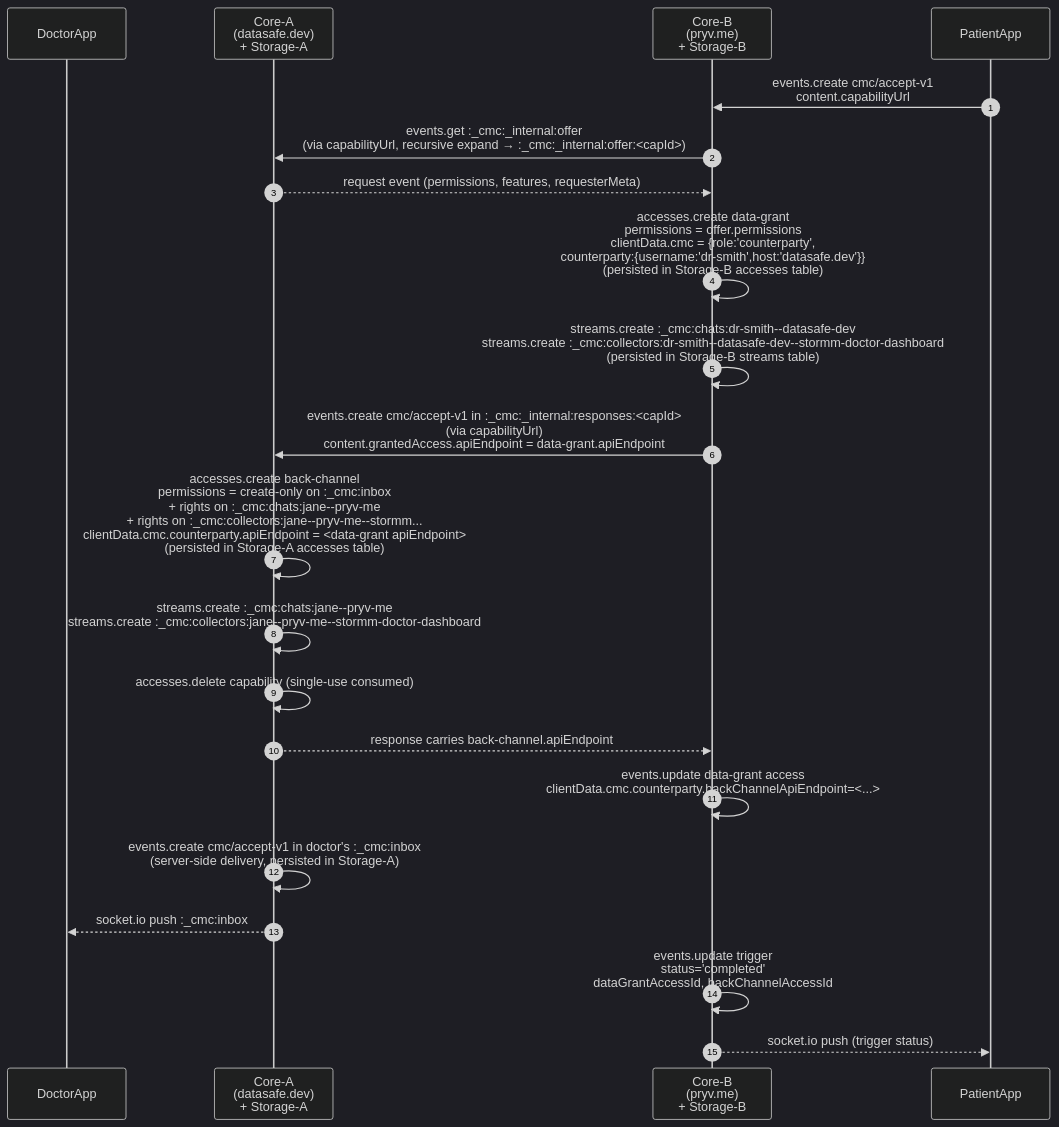
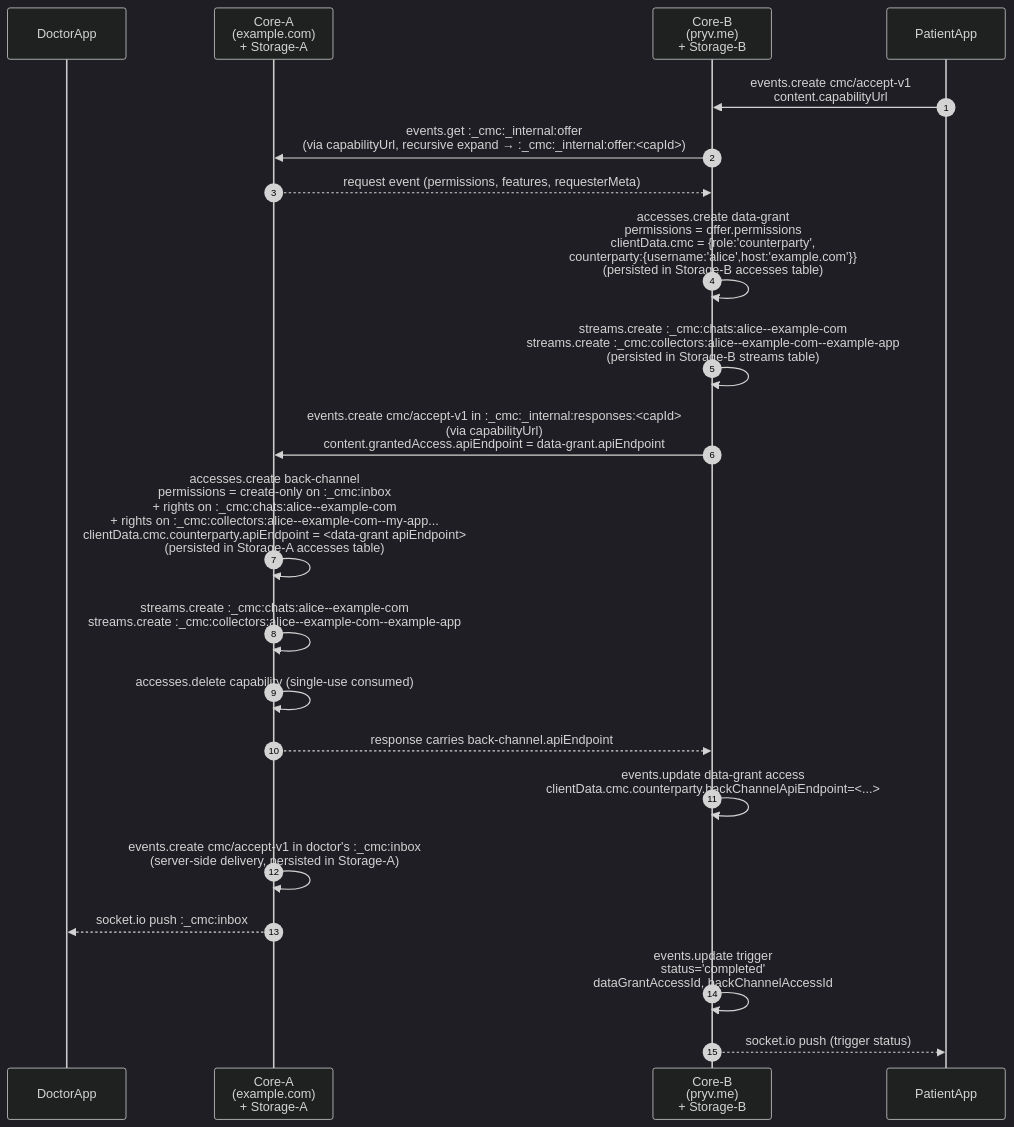
Before and after one commit to pryv/open-pryv.io: the third of 14 diagrams in components/cmc/INTERNALS.md, drawn with Mermaid (dark theme). The commit also changed other lines of this file and 20 other files, not shown here.

````diff
--- a/components/cmc/INTERNALS.md
+++ b/components/cmc/INTERNALS.md
@@ -127,24 +127,24 @@
 ```mermaid
 sequenceDiagram
     autonumber
     participant DoctorApp
-    participant CoreA as Core-A<br/>(datasafe.dev)<br/>+ Storage-A
+    participant CoreA as Core-A<br/>(example.com)<br/>+ Storage-A
     participant CoreB as Core-B<br/>(pryv.me)<br/>+ Storage-B
     participant PatientApp
 
     PatientApp->>CoreB: events.create cmc/accept-v1<br/>content.capabilityUrl
     CoreB->>CoreA: events.get :_cmc:_internal:offer<br/>(via capabilityUrl, recursive expand → :_cmc:_internal:offer:<capId>)
     CoreA-->>CoreB: request event (permissions, features, requesterMeta)
-    CoreB->>CoreB: accesses.create data-grant<br/>permissions = offer.permissions<br/>clientData.cmc = {role:'counterparty',<br/>counterparty:{username:'dr-smith',host:'datasafe.dev'}}<br/>(persisted in Storage-B accesses table)
-    CoreB->>CoreB: streams.create :_cmc:chats:dr-smith--datasafe-dev<br/>streams.create :_cmc:collectors:dr-smith--datasafe-dev--stormm-doctor-dashboard<br/>(persisted in Storage-B streams table)
+    CoreB->>CoreB: accesses.create data-grant<br/>permissions = offer.permissions<br/>clientData.cmc = {role:'counterparty',<br/>counterparty:{username:'alice',host:'example.com'}}<br/>(persisted in Storage-B accesses table)
+    CoreB->>CoreB: streams.create :_cmc:chats:alice--example-com<br/>streams.create :_cmc:collectors:alice--example-com--example-app<br/>(persisted in Storage-B streams table)
     CoreB->>CoreA: events.create cmc/accept-v1 in :_cmc:_internal:responses:<capId><br/>(via capabilityUrl)<br/>content.grantedAccess.apiEndpoint = data-grant.apiEndpoint
-    CoreA->>CoreA: accesses.create back-channel<br/>permissions = create-only on :_cmc:inbox<br/>+ rights on :_cmc:chats:jane--pryv-me<br/>+ rights on :_cmc:collectors:jane--pryv-me--stormm...<br/>clientData.cmc.counterparty.apiEndpoint = <data-grant apiEndpoint><br/>(persisted in Storage-A accesses table)
-    CoreA->>CoreA: streams.create :_cmc:chats:jane--pryv-me<br/>streams.create :_cmc:collectors:jane--pryv-me--stormm-doctor-dashboard
+    CoreA->>CoreA: accesses.create back-channel<br/>permissions = create-only on :_cmc:inbox<br/>+ rights on :_cmc:chats:alice--example-com<br/>+ rights on :_cmc:collectors:alice--example-com--my-app...<br/>clientData.cmc.counterparty.apiEndpoint = <data-grant apiEndpoint><br/>(persisted in Storage-A accesses table)
+    CoreA->>CoreA: streams.create :_cmc:chats:alice--example-com<br/>streams.create :_cmc:collectors:alice--example-com--example-app
     CoreA->>CoreA: accesses.delete capability (single-use consumed)
     CoreA-->>CoreB: response carries back-channel.apiEndpoint
     CoreB->>CoreB: events.update data-grant access<br/>clientData.cmc.counterparty.backChannelApiEndpoint=<...>
     CoreA->>CoreA: events.create cmc/accept-v1 in doctor's :_cmc:inbox<br/>(server-side delivery, persisted in Storage-A)
     CoreA-->>DoctorApp: socket.io push :_cmc:inbox
     CoreB->>CoreB: events.update trigger<br/>status='completed'<br/>dataGrantAccessId, backChannelAccessId
     CoreB-->>PatientApp: socket.io push (trigger status)
 ```
````
